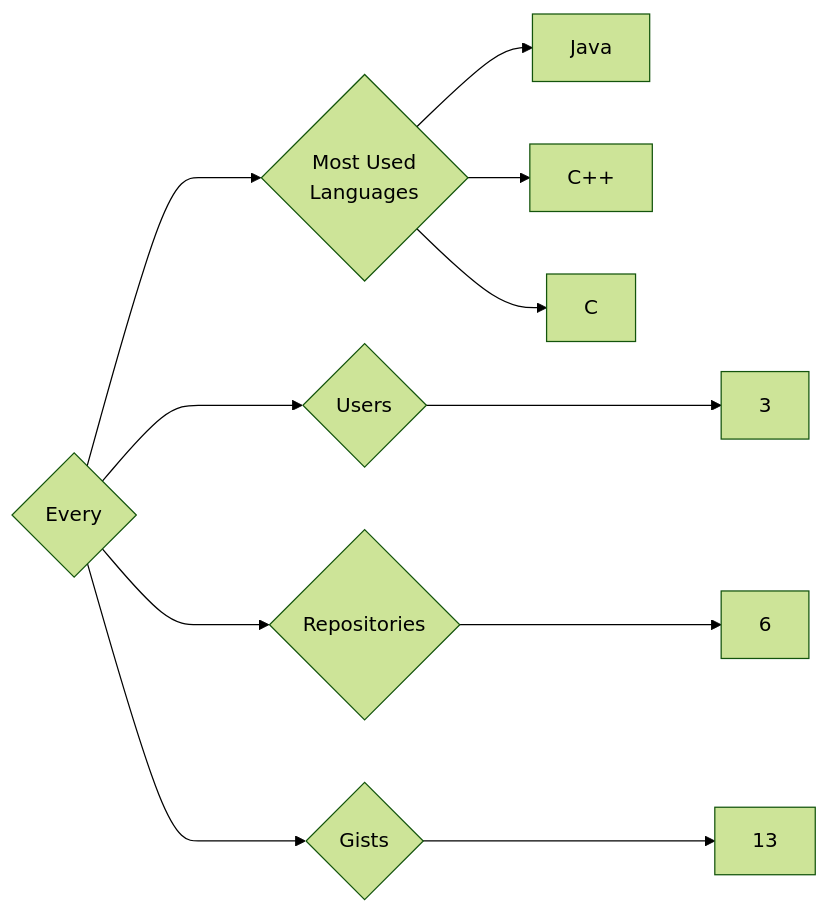
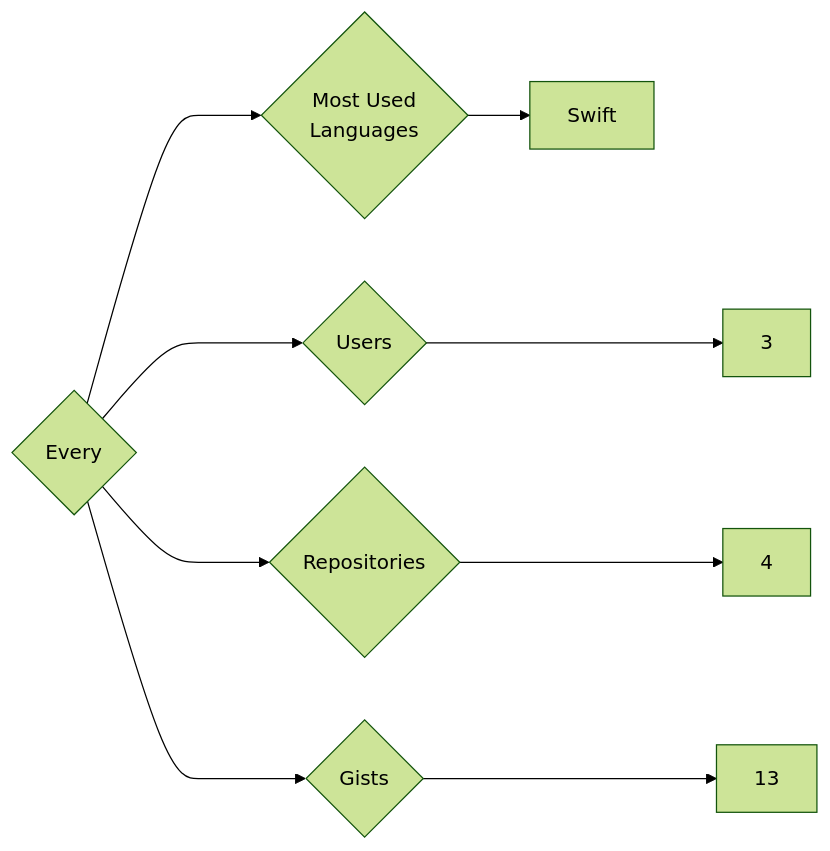
Before and after one commit to trickest/insiders: the diagram in targets/Every/README.md, drawn with Mermaid (forest theme). The commit also changed 1003 other files, not shown here.

````diff
--- a/targets/Every/README.md
+++ b/targets/Every/README.md
@@ -3,11 +3,9 @@
 ```mermaid
 graph LR
 COMPANY_NAME{Every}
 COMPANY_NAME ---> U{Users} ---> UN[3]
-COMPANY_NAME ---> R{Repositories} ---> RN[6]
+COMPANY_NAME ---> R{Repositories} ---> RN[4]
 COMPANY_NAME ---> G{Gists} ---> GN[13]
 COMPANY_NAME ---> ML{Most Used<br>Languages}
-ML --> Java[Java]
-ML --> C++[C++]
-ML --> C[C]
+ML --> Swift[Swift]
 ```
````
